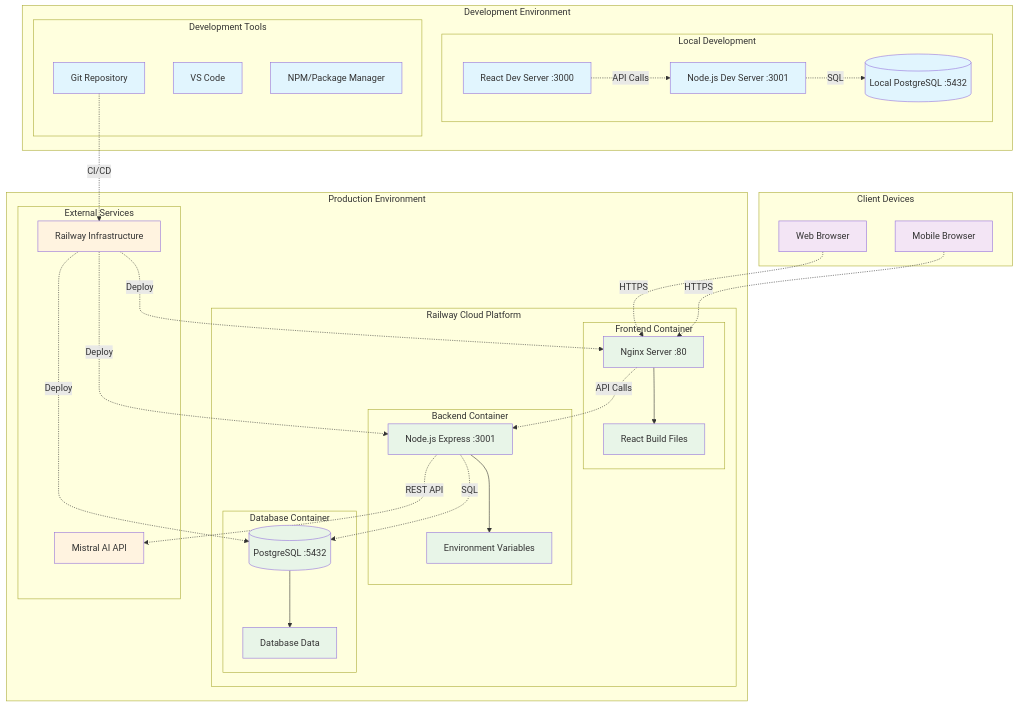
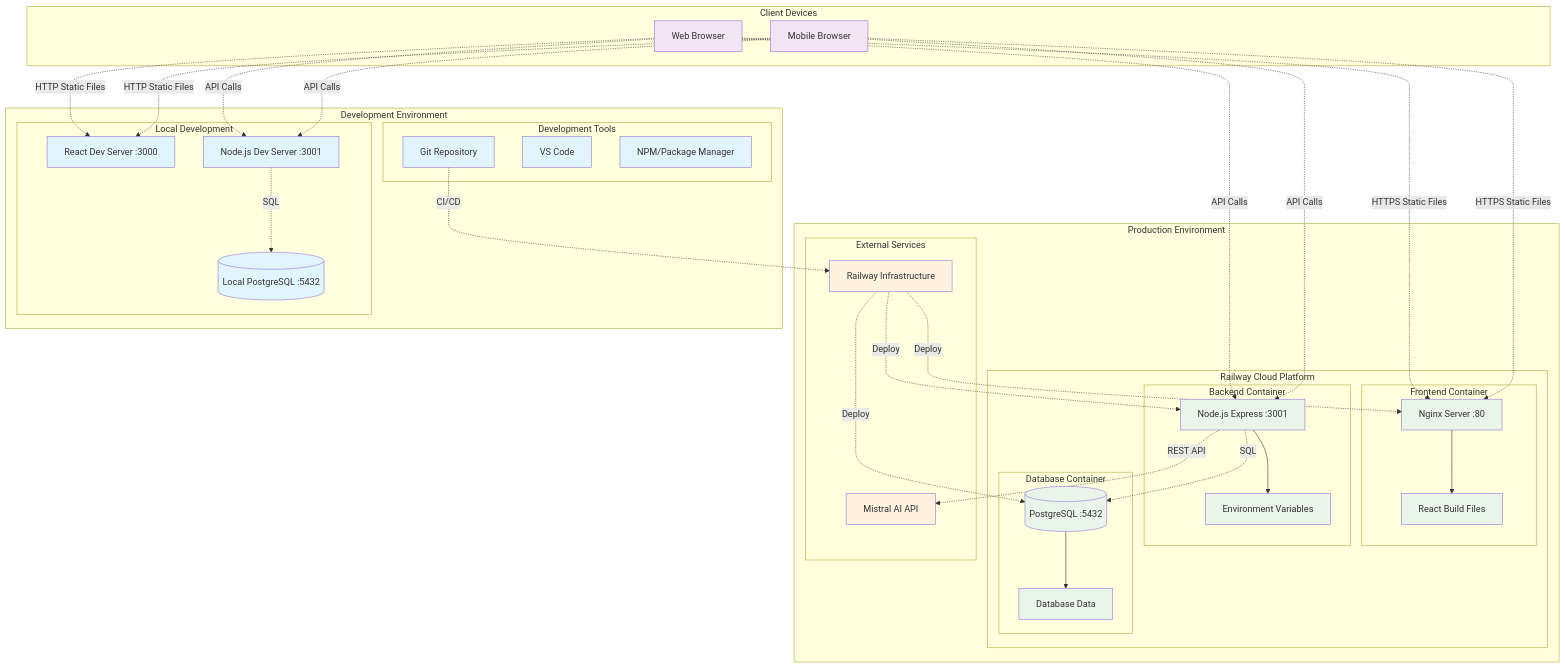
Before and after one commit to niklaherr/Online-Museum: the fourth of 6 diagrams in documentation/diagramms.md, drawn with Mermaid. The commit also changed other lines of this file, not shown here.

````diff
--- a/documentation/diagramms.md
+++ b/documentation/diagramms.md
@@ -290,76 +289,80 @@
 ```mermaid
 graph TB
     subgraph "Production Environment"
         subgraph "Railway Cloud Platform"
             subgraph "Frontend Container"
                 NginxServer[Nginx Server :80]
                 ReactBuild[React Build Files]
                 NginxServer --> ReactBuild
             end
             
             subgraph "Backend Container"
                 NodeServer[Node.js Express :3001]
                 EnvironmentVars[Environment Variables]
                 NodeServer --> EnvironmentVars
             end
             
             subgraph "Database Container"
                 PostgreSQLDB[(PostgreSQL :5432)]
                 DBData[Database Data]
                 PostgreSQLDB --> DBData
             end
         end
         
         subgraph "External Services"
             MistralAPI[Mistral AI API]
             Railway[Railway Infrastructure]
         end
     end
     
     subgraph "Development Environment"
         subgraph "Local Development"
             ReactDev[React Dev Server :3000]
             NodeDev[Node.js Dev Server :3001]
             PostgreSQLLocal[(Local PostgreSQL :5432)]
         end
         
         subgraph "Development Tools"
             Git[Git Repository]
             VSCode[VS Code]
             NPM[NPM/Package Manager]
         end
     end
     
     subgraph "Client Devices"
         Browser[Web Browser]
         Mobile[Mobile Browser]
     end
     
     %% Production Connections
-    Browser -.->|HTTPS| NginxServer
-    Mobile -.->|HTTPS| NginxServer
-    NginxServer -.->|API Calls| NodeServer
+    Browser -.->|HTTPS Static Files| NginxServer
+    Mobile -.->|HTTPS Static Files| NginxServer
+    Browser -.->|API Calls| NodeServer
+    Mobile -.->|API Calls| NodeServer
     NodeServer -.->|SQL| PostgreSQLDB
     NodeServer -.->|REST API| MistralAPI
     
     %% Development Connections
-    ReactDev -.->|API Calls| NodeDev
+    Browser -.->|HTTP Static Files| ReactDev
+    Mobile -.->|HTTP Static Files| ReactDev
+    Browser -.->|API Calls| NodeDev
+    Mobile -.->|API Calls| NodeDev
     NodeDev -.->|SQL| PostgreSQLLocal
     
     %% Deployment Flow
     Git -.->|CI/CD| Railway
     Railway -.->|Deploy| NginxServer
     Railway -.->|Deploy| NodeServer
     Railway -.->|Deploy| PostgreSQLDB
     
     %% Styling
     classDef production fill:#e8f5e8
     classDef development fill:#e1f5fe
     classDef external fill:#fff3e0
     classDef client fill:#f3e5f5
     
     class NginxServer,ReactBuild,NodeServer,EnvironmentVars,PostgreSQLDB,DBData production
     class ReactDev,NodeDev,PostgreSQLLocal,Git,VSCode,NPM development
     class MistralAPI,Railway external
     class Browser,Mobile client
 ```
````
